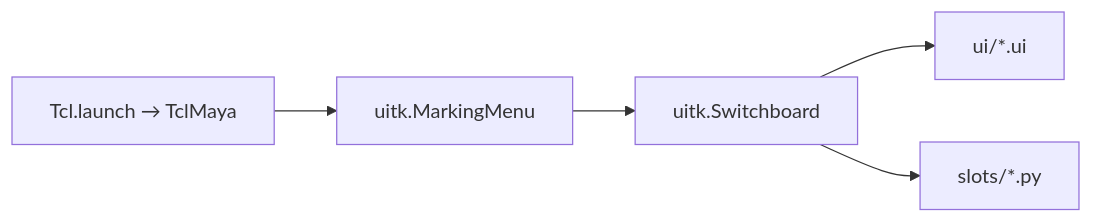
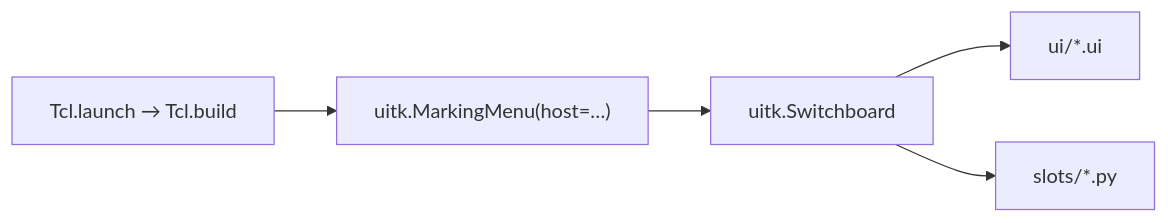
Before and after one commit to m3trik/tentacle: the diagram in docs/README.md, drawn with Mermaid. The commit also changed other lines of this file and 3 other files, not shown here.

````diff
--- a/docs/README.md
+++ b/docs/README.md
@@ -62,7 +62,7 @@
 ```mermaid
 flowchart LR
-    A[Tcl.launch → TclMaya] --> B[uitk.MarkingMenu]
+    A[Tcl.launch → Tcl.build] --> B["uitk.MarkingMenu(host=…)"]
     B --> C[uitk.Switchboard]
     C --> D[ui/*.ui]
     C --> E[slots/*.py]
 ```
````
